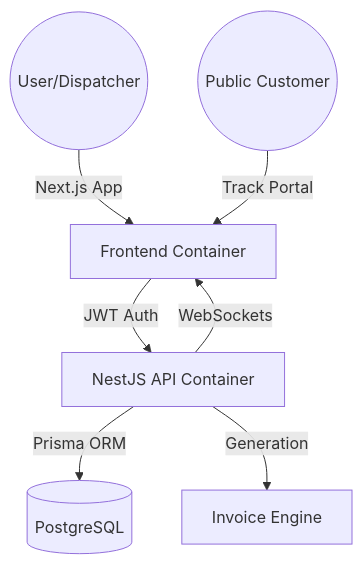
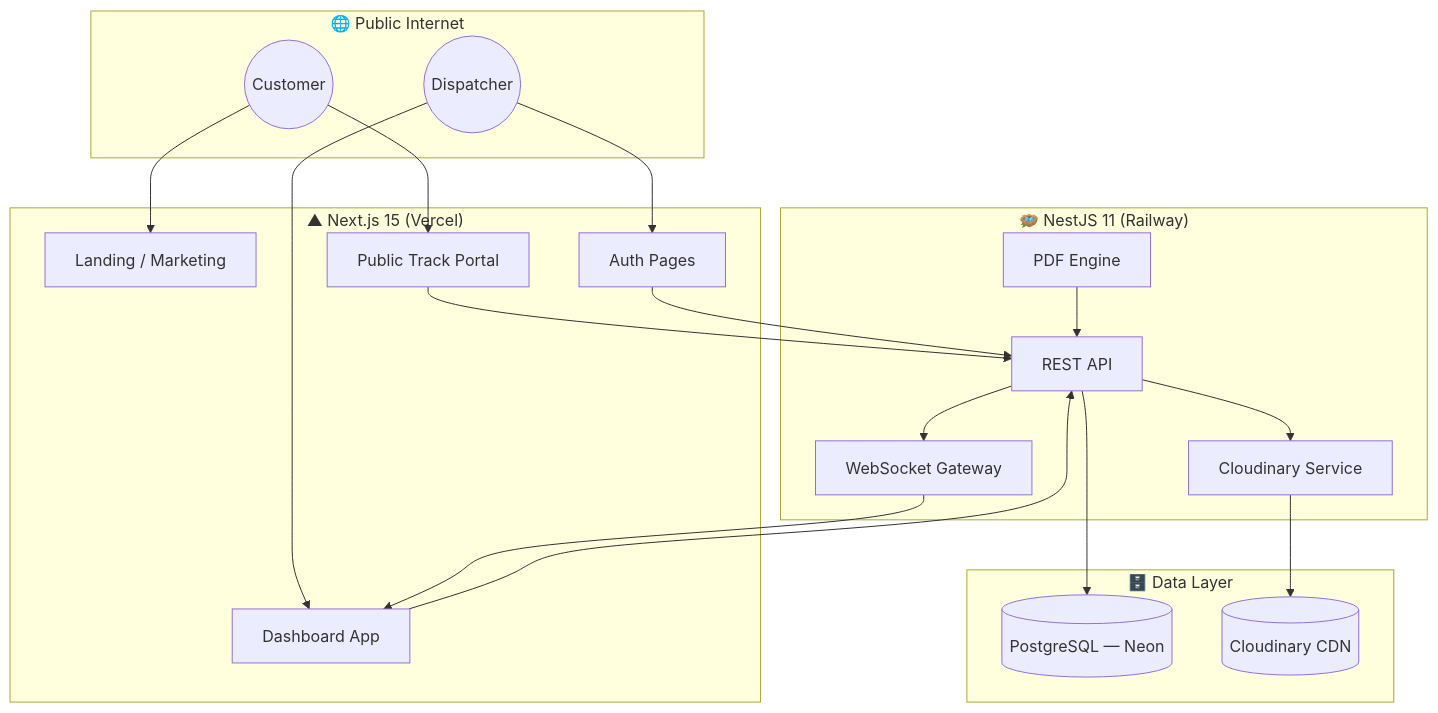
Before and after one commit to pthanksdev/LogiBoard: the first of 7 diagrams in README.md, drawn with Mermaid. The commit also changed other lines of this file, not shown here.

Commit message:
docs: add comprehensive README with architecture diagrams

````diff
--- a/README.md
+++ b/README.md
@@ -20,9 +57,37 @@
 ```mermaid
-graph TD
-    User((User/Dispatcher)) -->|Next.js App| Frontend[Frontend Container]
-    Customer((Public Customer)) -->|Track Portal| Frontend
-    Frontend -->|JWT Auth| Backend[NestJS API Container]
-    Backend -->|Prisma ORM| DB[(PostgreSQL)]
-    Backend -->|WebSockets| Frontend
-    Backend -->|Generation| PDF[Invoice Engine]
+graph TB
+    subgraph Public["🌐 Public Internet"]
+        Customer((Customer))
+        Dispatcher((Dispatcher))
+    end
+
+    subgraph Frontend["▲ Next.js 15 (Vercel)"]
+        LP[Landing / Marketing]
+        Auth[Auth Pages]
+        Dashboard[Dashboard App]
+        Track[Public Track Portal]
+    end
+
+    subgraph Backend["🪺 NestJS 11 (Railway)"]
+        API[REST API]
+        WS[WebSocket Gateway]
+        PDF[PDF Engine]
+        Cloudinary[Cloudinary Service]
+    end
+
+    subgraph Data["🗄️ Data Layer"]
+        DB[(PostgreSQL — Neon)]
+        CDN[(Cloudinary CDN)]
+    end
+
+    Customer --> LP & Track
+    Dispatcher --> Dashboard & Auth
+    Dashboard --> API
+    Track --> API
+    Auth --> API
+    API --> DB
+    API --> Cloudinary --> CDN
+    WS --> Dashboard
+    PDF --> API
+    API --> WS
 ```
````
